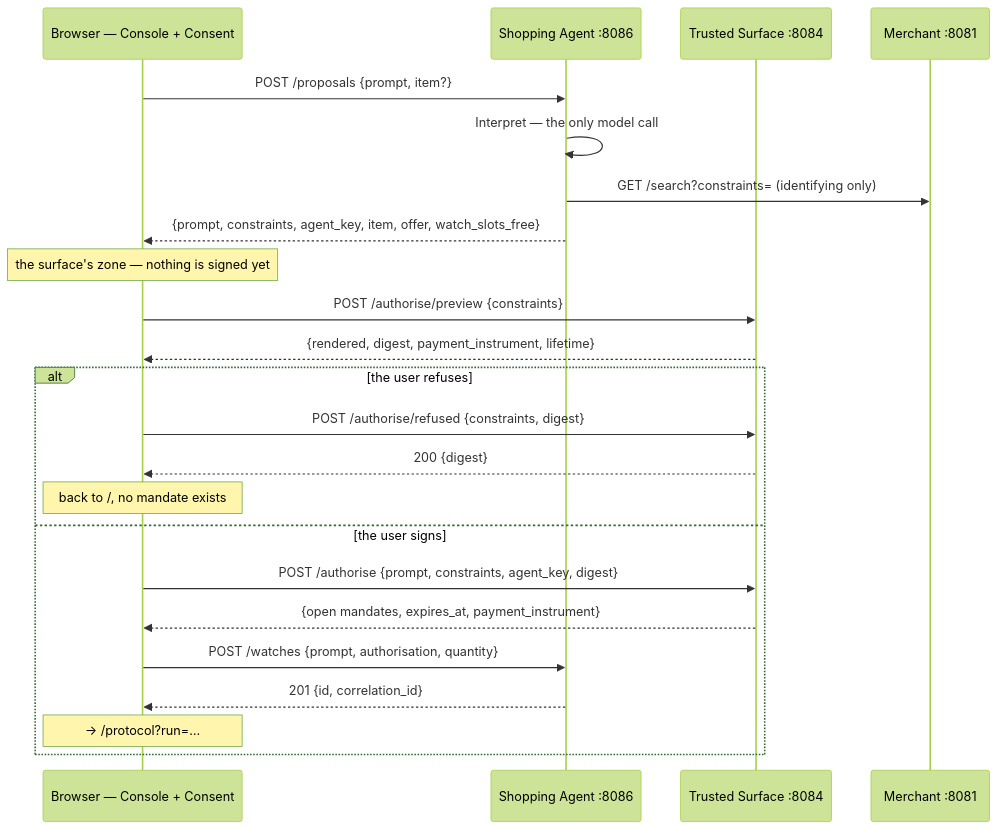
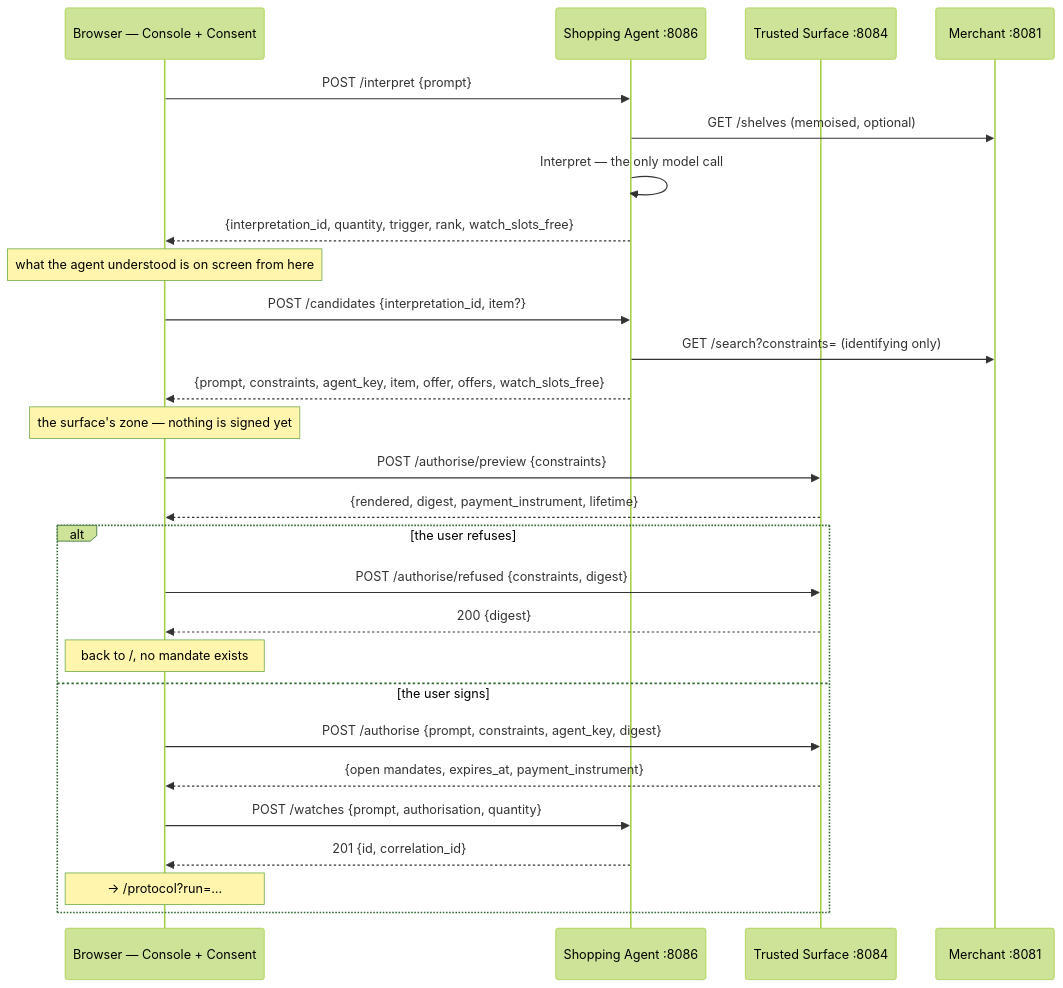
One commit to SkylinePlatform/agentic-payments changed the diagram in docs/specs/2026-08-10-trusted-surface-consent-design.md. Above: the diagram before and after it, drawn with Mermaid (forest theme). The commit also changed other lines of this file and 18 other files, not shown here.

````diff
--- a/docs/specs/2026-08-10-trusted-surface-consent-design.md
+++ b/docs/specs/2026-08-10-trusted-surface-consent-design.md
@@ -44,28 +44,33 @@
 ```mermaid
 sequenceDiagram
     participant B as Browser — Console + Consent
     participant A as Shopping Agent :8086
     participant S as Trusted Surface :8084
     participant M as Merchant :8081
 
-    B->>A: POST /proposals {prompt, item?}
+    B->>A: POST /interpret {prompt}
+    A->>M: GET /shelves (memoised, optional)
     A->>A: Interpret — the only model call
+    A-->>B: {interpretation_id, quantity, trigger, rank, watch_slots_free}
+    Note over B: what the agent understood is on screen from here
+
+    B->>A: POST /candidates {interpretation_id, item?}
     A->>M: GET /search?constraints= (identifying only)
-    A-->>B: {prompt, constraints, agent_key, item, offer, watch_slots_free}
+    A-->>B: {prompt, constraints, agent_key, item, offer, offers, watch_slots_free}
 
     Note over B: the surface's zone — nothing is signed yet
     B->>S: POST /authorise/preview {constraints}
     S-->>B: {rendered, digest, payment_instrument, lifetime}
 
     alt the user refuses
         B->>S: POST /authorise/refused {constraints, digest}
         S-->>B: 200 {digest}
         Note over B: back to /, no mandate exists
     else the user signs
         B->>S: POST /authorise {prompt, constraints, agent_key, digest}
         S-->>B: {open mandates, expires_at, payment_instrument}
         B->>A: POST /watches {prompt, authorisation, quantity}
         A-->>B: 201 {id, correlation_id}
         Note over B: → /protocol?run=…
     end
 ```
````
